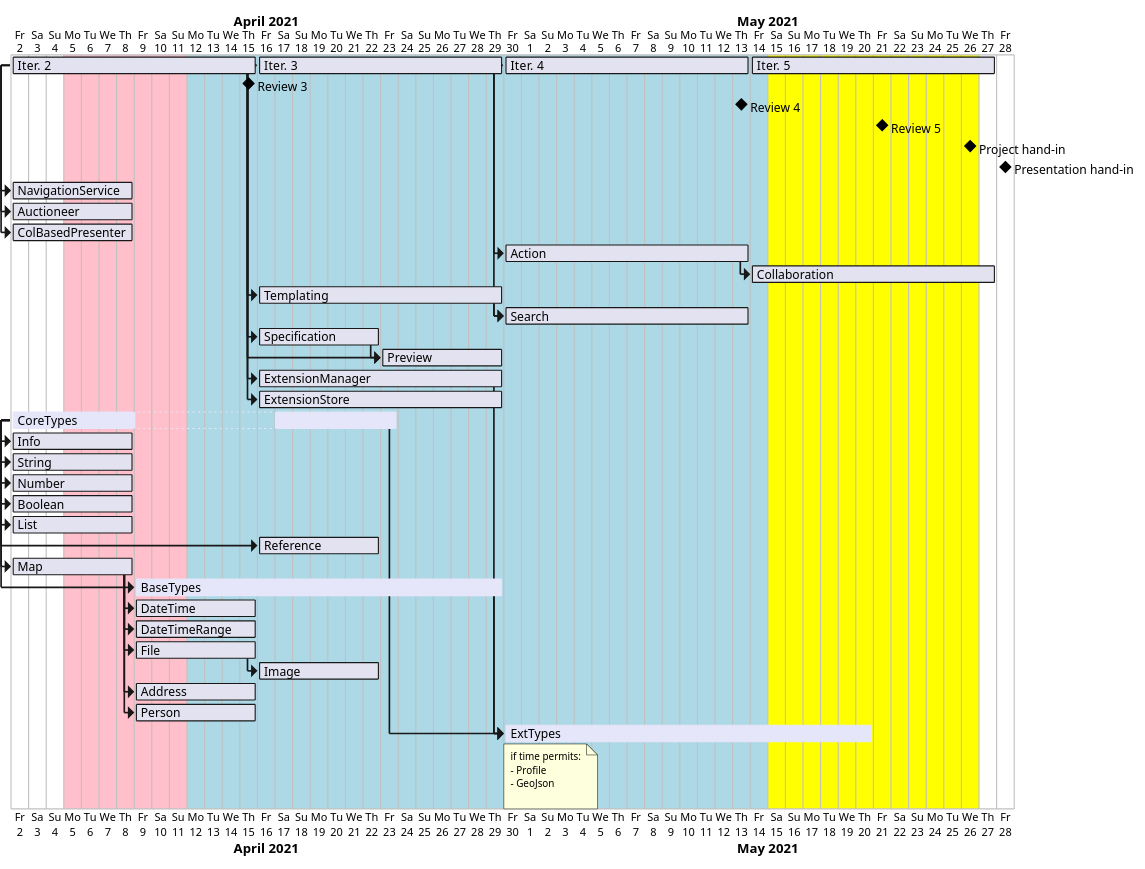
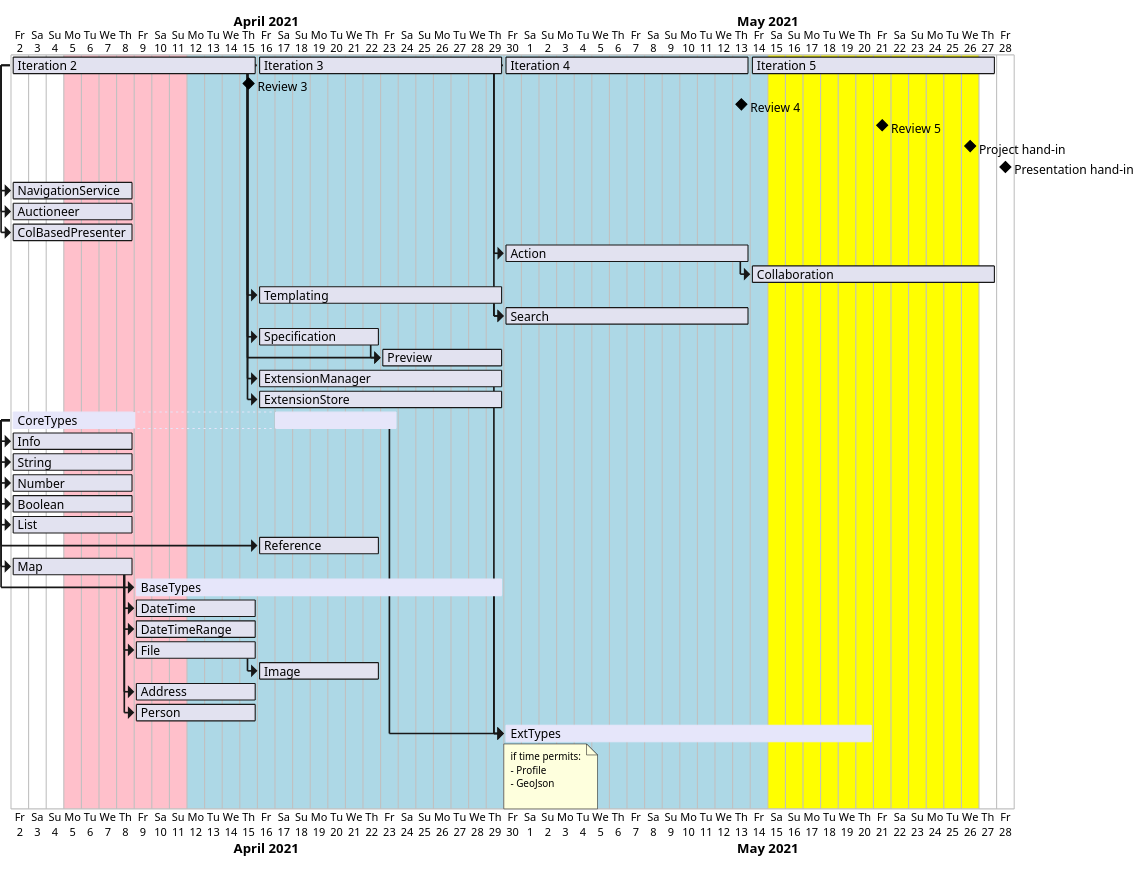
Before and after one commit to blackfennec-org/blackfennec: the diagram in docs/source/project_management/construction_phase_roadmap.puml, drawn with PlantUML.

Commit message:
Remove iteration abbreviation

```diff
--- a/docs/source/project_management/construction_phase_roadmap.puml
+++ b/docs/source/project_management/construction_phase_roadmap.puml
@@ -1,130 +1,130 @@
 @startgantt
 printscale daily
 scale 1
 Project starts the 2nd of april 2021
 
 '========== Iteration 2 ===============
-[Iter. 2] as [it2] lasts 2 weeks
+[Iteration 2] as [it2] lasts 2 weeks
 [it2] starts 2nd of april 2021
 
 '========== Iteration 3 ===============
-[Iter. 3] as [it3] lasts 2 weeks
+[Iteration 3] as [it3] lasts 2 weeks
 [it3] starts 16th of april 2021
 [it3] displays on same row as [it2]
 
 '========== Iteration 4 ===============
-[Iter. 4] as [it4] lasts 2 weeks
+[Iteration 4] as [it4] lasts 2 weeks
 [it4] starts 30th of april 2021
 [it4] displays on same row as [it2]
 
 '========== Iteration 5 ===============
-[Iter. 5] as [it5] lasts 2 weeks
+[Iteration 5] as [it5] lasts 2 weeks
 [it5] starts 14th of may 2021
 [it5] displays on same row as [it2]
 
 '========== Reviews ===============
 [Review 3] happens on 0 week after [it2]'s end
 [Review 4] happens on 0 weeks after [it4]'s end
 [Review 5] happens on 1 weeks after [it5]'s start
 
 '========== Hand-ins ===============
 [Project hand-in] happens on 2021/05/26
 [Presentation hand-in] happens on 2021/05/28
 
 '========== Core Concepts ===============
 [NavigationService] as [nav] lasts 1 week
 [nav] starts at [it2]'s start
 
 [Auctioneer] as [auct] lasts 1 week
 [auct] starts at [it2]'s start
 
 [ColBasedPresenter] as [colPres] lasts 1 week
 [colPres] starts at [it2]'s start
 
 [Action] lasts 2 weeks
 [Action] starts at [it4]'s start
 
 [Collaboration] lasts 2 weeks
 [Action]->[Collaboration]
 
 [Templating] lasts 2 weeks
 [Templating] starts at [it3]'s start
 
 [Search] lasts 2 weeks
 [Search] starts at [it4]'s start
 [Templating]->[Search]
 
 
 
 [Specification] as [spec] lasts 1 week
 [spec] starts at [it3]'s start
 [Preview] as [prev] lasts 1 week
 [prev] starts at [it3]'s start
 [spec]->[prev]
 
 [ExtensionManager] as [ExtMan] lasts 2 week
 [ExtMan] starts at [it3]'s start
 [ExtensionStore] as [ExtStore] lasts 2 week
 [ExtStore] starts at [it3]'s start
 
 '========== CoreTypes ===============
 [CoreTypes] is colored in Lavender
 [CoreTypes] lasts 2 weeks
 [CoreTypes] pauses from 2021/04/9 to 2021/04/16
 
 [Info] lasts 1 week
 [Info] starts at [CoreTypes]'s start
 [String] lasts 1 week
 [String] starts at [CoreTypes]'s start
 [Number] lasts 1 week
 [Number] starts at [CoreTypes]'s start
 [Boolean] lasts 1 week
 [Boolean] starts at [CoreTypes]'s start
 [List] lasts 1 week
 [List] starts at [CoreTypes]'s start
 [Reference] lasts 1 week
 [Reference] starts 2 week after [CoreTypes]'s start
 [Map] lasts 1 week
 [Map] starts at [CoreTypes]'s start
 '========== BaseTypes ===============
 [BaseTypes] is colored in Lavender
 [BaseTypes] lasts 3 weeks
 [BaseTypes] starts 1 week after [CoreTypes]'s start
 
 [DateTime] lasts 1 week
 [Map]->[DateTime]
 
 [DateTimeRange] lasts 1 week
 [Map]->[DateTimeRange]
 
 [File] lasts 1 week
 [Map]->[File]
 
 [Image] lasts 1 week
 [File]->[Image]
 
 [Address] lasts 1 week
 [Map]->[Address]
 
 [Person] lasts 1 week
 [Map]->[Person]
 
 '========== ExtensionTypes ===============
 [ExtTypes] is colored in Lavender
 [ExtTypes] lasts 3 weeks
 [BaseTypes]->[ExtTypes]
 [CoreTypes]->[ExtTypes]
 [ExtMan]->[ExtTypes]
 
 note bottom
 if time permits:
 - Profile
 - GeoJson
 
 end note
 
 2021-04-05 to 2021-04-11 are colored in pink
 2021-04-12 to 2021-05-14 are colored in LightBlue
 2021-05-15 to 2021-05-26 are colored in yellow
 
 @endgantt
```
